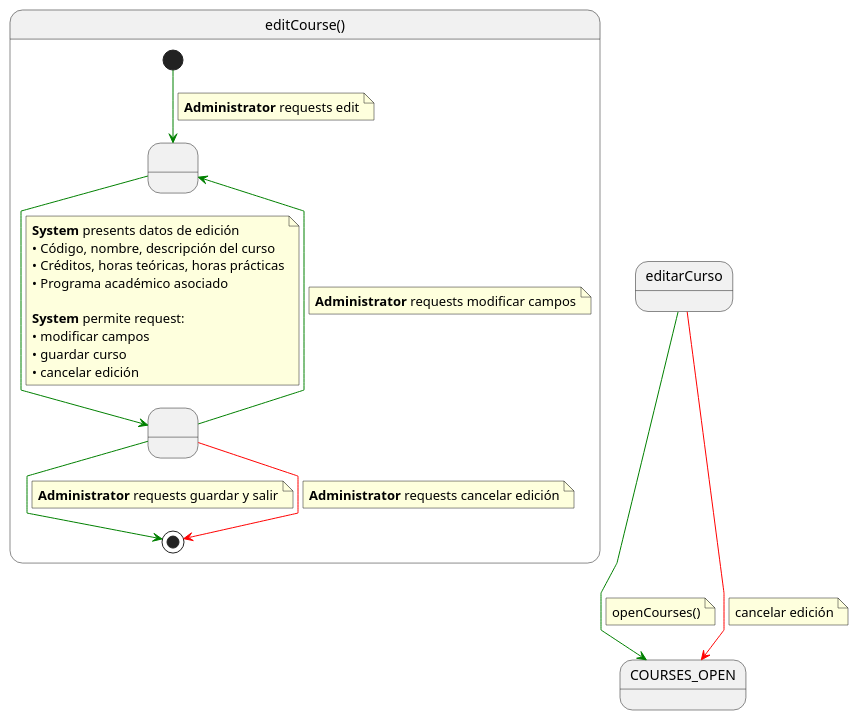
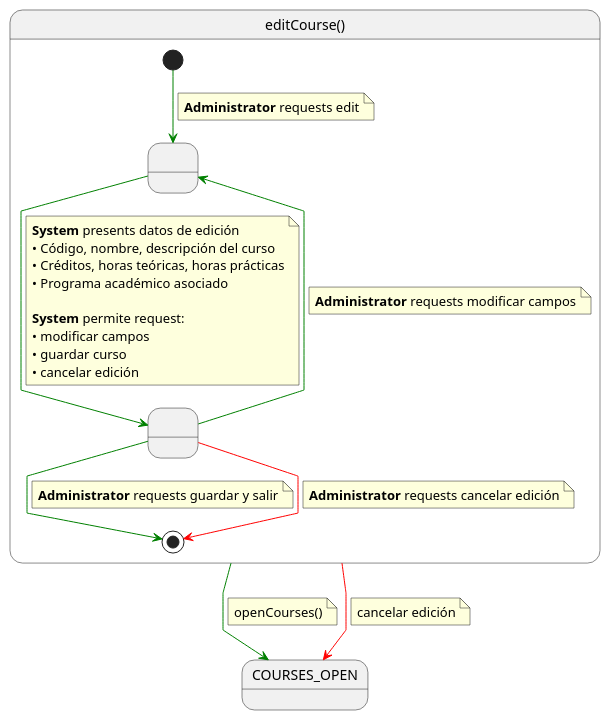
One commit to mmasias/pySigHor changed the diagram in RUP/00-casos-uso/02-detalle/editarCurso/especificacion.puml. Above: the diagram before and after it, drawn with PlantUML. The commit also changed 22 other files, not shown here.

```diff
--- a/RUP/00-casos-uso/02-detalle/editarCurso/especificacion.puml
+++ b/RUP/00-casos-uso/02-detalle/editarCurso/especificacion.puml
@@ -1,55 +1,55 @@
 @startuml editCourse
 
 skinparam linetype polyline
 
 state editCourse as "editCourse()" {
 
     state " " as EditandoDatos
     state " " as SavingData 
 
     [*] -[#green]-> EditandoDatos 
     note on link
     <b>Administrator</b> requests edit
     end note    
     
     EditandoDatos -[#green]-> SavingData
     note on link
     <b>System</b> presents datos de edición
     • Código, nombre, descripción del curso
     • Créditos, horas teóricas, horas prácticas
     • Programa académico asociado
     
     <b>System</b> permite request:
     • modificar campos
     • guardar curso
     • cancelar edición
     end note
     
     SavingData -[#green]-> EditandoDatos
     note on link
     <b>Administrator</b> requests modificar campos
     end note
     
     SavingData -[#green]-> [*]
     note on link
     <b>Administrator</b> requests guardar y salir
     end note
 
     SavingData -[#red]-> [*]
     note on link
     <b>Administrator</b> requests cancelar edición
     end note
 
 }
 
-editarCurso -[#green]-> COURSES_OPEN
+editCourse -[#green]-> COURSES_OPEN
 note on link
 openCourses()
 end note
 
-editarCurso -[#red]-> COURSES_OPEN
+editCourse -[#red]-> COURSES_OPEN
 note on link
 cancelar edición
 end note
 
 @enduml
```
